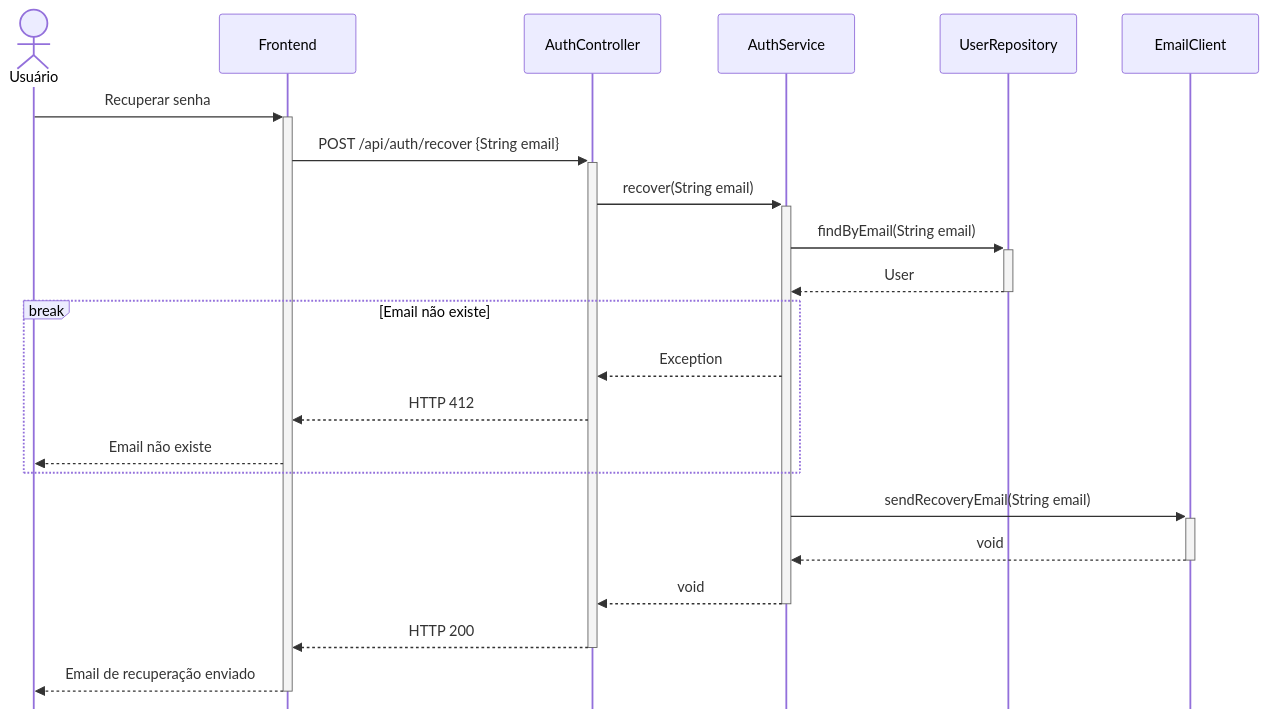
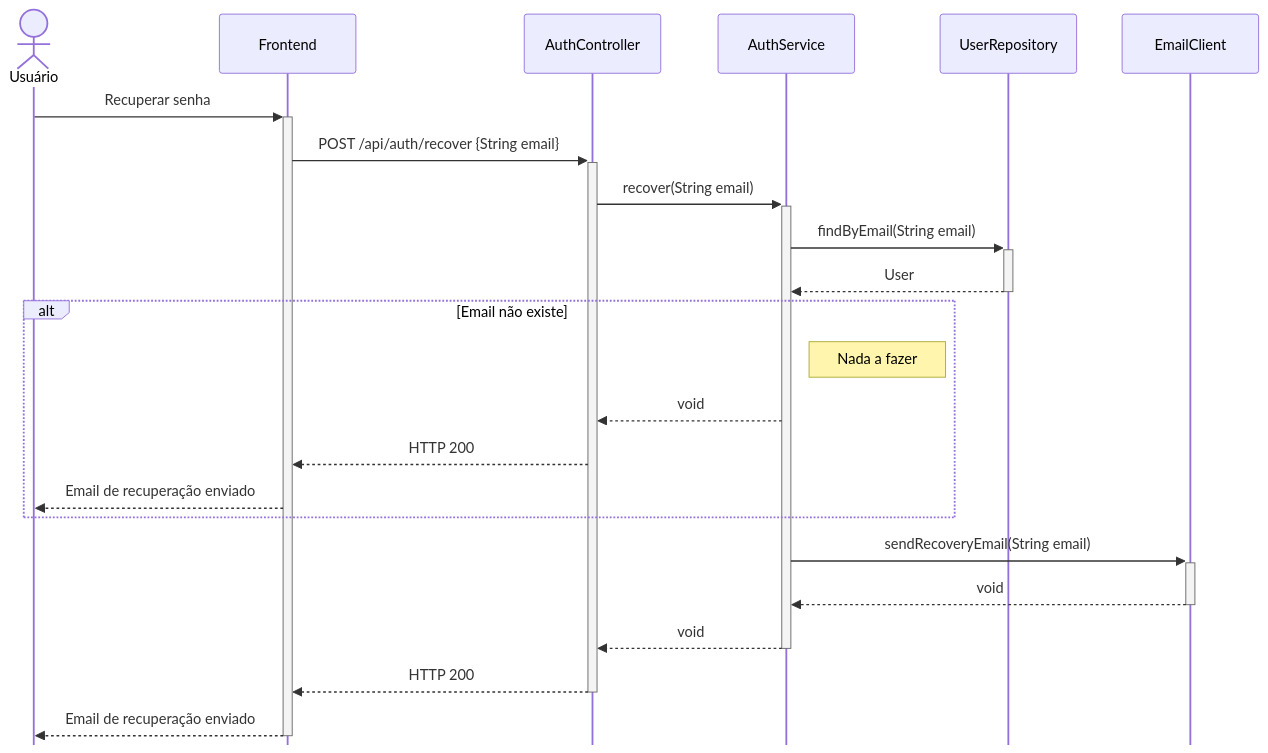
One commit to feliquisds/cooker-api changed the diagram in docs/Diagramas de Sequência/07 Recuperar senha.mmd. Above: the diagram before and after it, drawn with Mermaid. The commit also changed 24 other files, not shown here.

```diff
--- a/docs/Diagramas de Sequência/07 Recuperar senha.mmd
+++ b/docs/Diagramas de Sequência/07 Recuperar senha.mmd
@@ -1,30 +1,31 @@
 ---
 config:
     mirrorActors: false
 ---
 
 sequenceDiagram
     actor U as Usuário
     participant F as Frontend
     participant C as AuthController
     participant S as AuthService
     participant R as UserRepository
     participant E as EmailClient
 
     U->>+F: Recuperar senha
     F->>+C: POST /api/auth/recover {String email}
     C->>+S: recover(String email)
 
     S->>+R: findByEmail(String email)
     R-->>-S: User
-    break Email não existe
-        S-->>C: Exception
-        C-->>F: HTTP 412
-        F-->>U: Email não existe
+    alt Email não existe
+        Note right of S: Nada a fazer
+        S-->>C: void
+        C-->>F: HTTP 200
+        F-->>U: Email de recuperação enviado
     end
 
     S->>+E: sendRecoveryEmail(String email)
     E-->>-S: void
     S-->>-C: void
     C-->>-F: HTTP 200
     F-->>-U: Email de recuperação enviado
```
